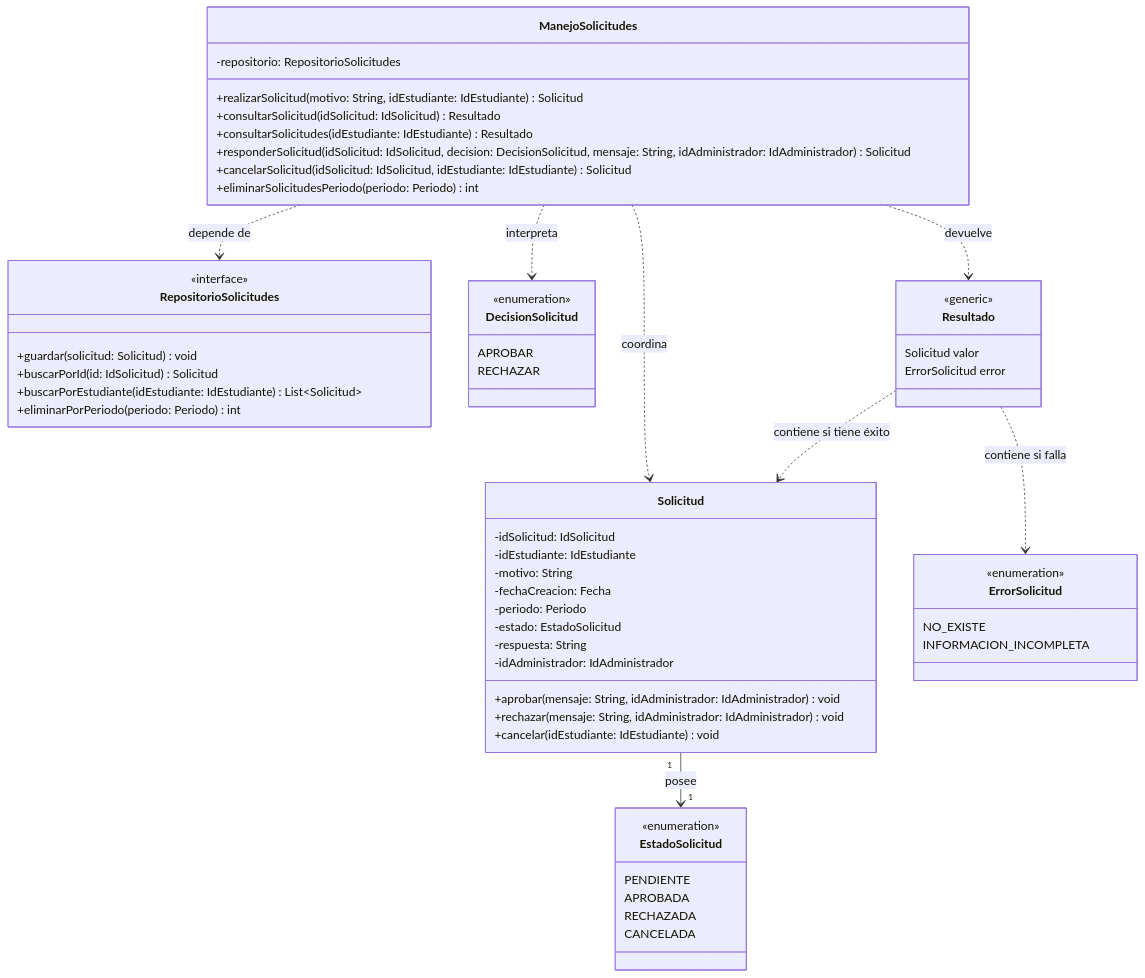
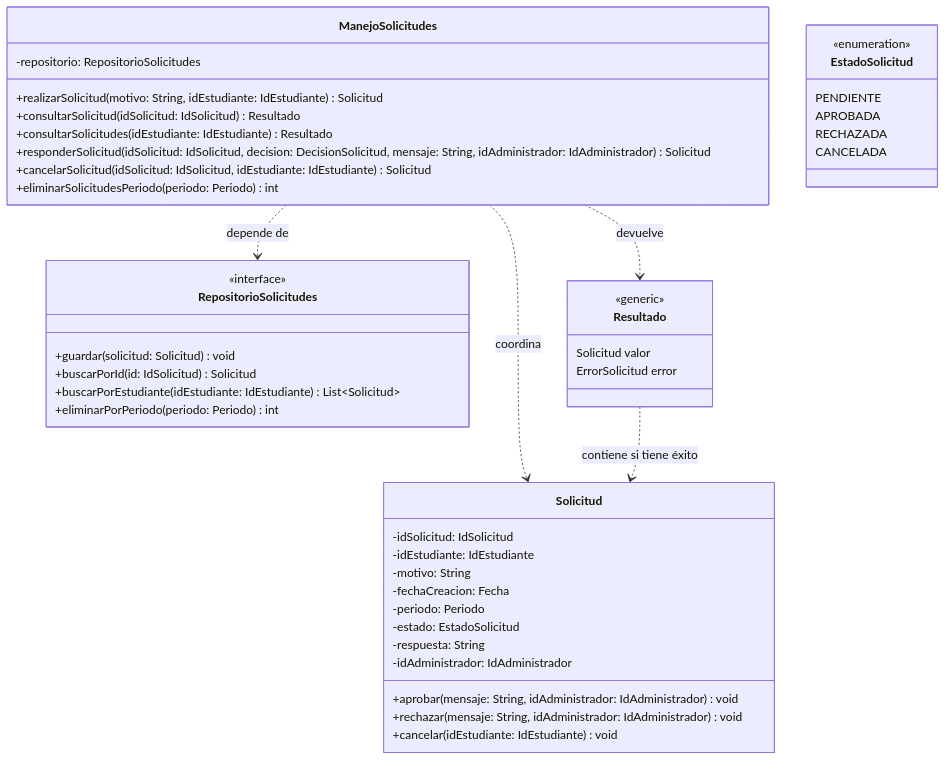
The second of 2 diagrams in docs/01_Architectural_and_Detailed_Design.md (alfredoquev/Almuerzate.app), drawn with Mermaid before and after one commit. The commit also changed other lines of this file, not shown here.

Commit message:
Update 01_Architectural_and_Detailed_Design.md
Hola diego w

````diff
--- a/docs/01_Architectural_and_Detailed_Design.md
+++ b/docs/01_Architectural_and_Detailed_Design.md
@@ -86,71 +86,56 @@
 ```mermaid
 
 
 classDiagram
     class ManejoSolicitudes {
         -repositorio: RepositorioSolicitudes
         +realizarSolicitud(motivo: String, idEstudiante: IdEstudiante) Solicitud
         +consultarSolicitud(idSolicitud: IdSolicitud) Resultado
         +consultarSolicitudes(idEstudiante: IdEstudiante) Resultado
         +responderSolicitud(idSolicitud: IdSolicitud, decision: DecisionSolicitud, mensaje: String, idAdministrador: IdAdministrador) Solicitud
         +cancelarSolicitud(idSolicitud: IdSolicitud, idEstudiante: IdEstudiante) Solicitud
         +eliminarSolicitudesPeriodo(periodo: Periodo) int
     }
 
     class Solicitud {
         -idSolicitud: IdSolicitud
         -idEstudiante: IdEstudiante
         -motivo: String
         -fechaCreacion: Fecha
         -periodo: Periodo
         -estado: EstadoSolicitud
         -respuesta: String
         -idAdministrador: IdAdministrador
         +aprobar(mensaje: String, idAdministrador: IdAdministrador) void
         +rechazar(mensaje: String, idAdministrador: IdAdministrador) void
         +cancelar(idEstudiante: IdEstudiante) void
     }
 
     class RepositorioSolicitudes {
         <<interface>>
         +guardar(solicitud: Solicitud) void
         +buscarPorId(id: IdSolicitud) Solicitud
         +buscarPorEstudiante(idEstudiante: IdEstudiante) List~Solicitud~
         +eliminarPorPeriodo(periodo: Periodo) int
     }
 
     class EstadoSolicitud {
         <<enumeration>>
         PENDIENTE
         APROBADA
         RECHAZADA
         CANCELADA
     }
 
-    class DecisionSolicitud {
-        <<enumeration>>
-        APROBAR
-        RECHAZAR
-    }
-
-    class ErrorSolicitud {
-        <<enumeration>>
-        NO_EXISTE
-        INFORMACION_INCOMPLETA
-    }
-
     class Resultado {
         <<generic>>
         Solicitud valor
         ErrorSolicitud error
     }
 
     ManejoSolicitudes ..> RepositorioSolicitudes : depende de
     ManejoSolicitudes ..> Solicitud : coordina
-    ManejoSolicitudes ..> DecisionSolicitud : interpreta
     ManejoSolicitudes ..> Resultado : devuelve
     Resultado ..> Solicitud : contiene si tiene éxito
-    Resultado ..> ErrorSolicitud : contiene si falla
-    Solicitud "1" --> "1" EstadoSolicitud : posee
 
 ```
````
